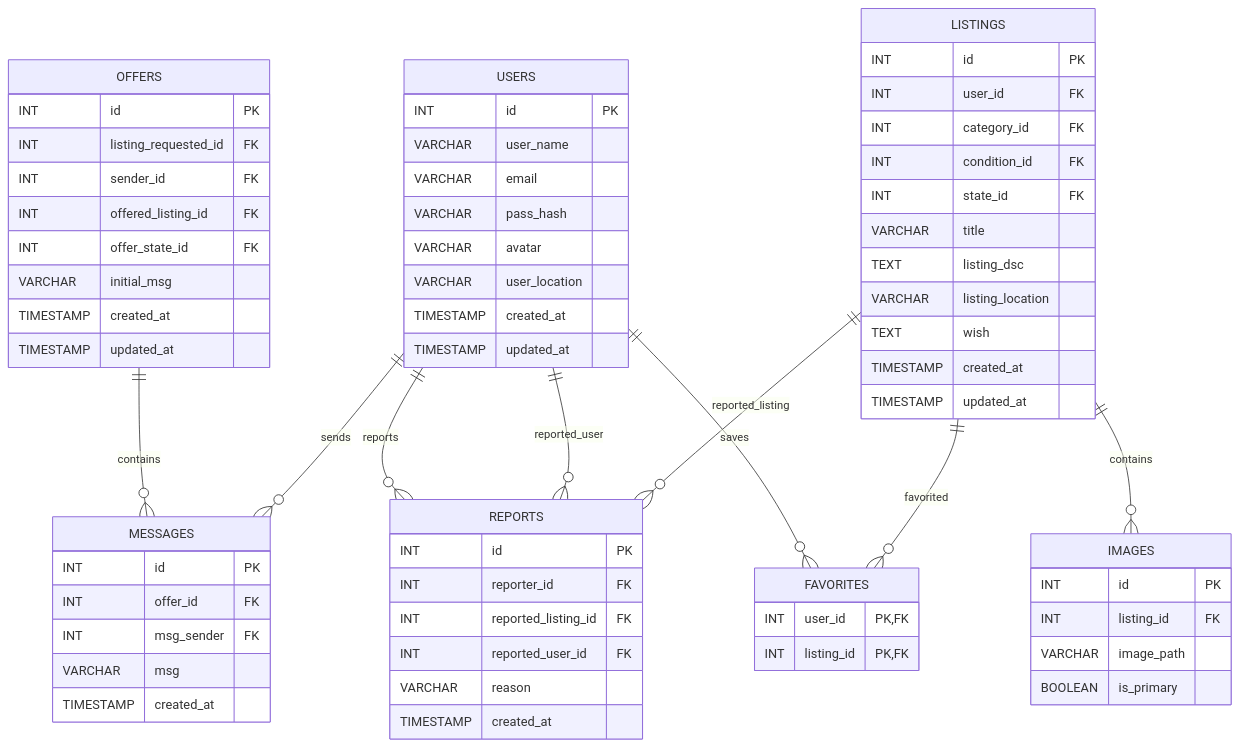
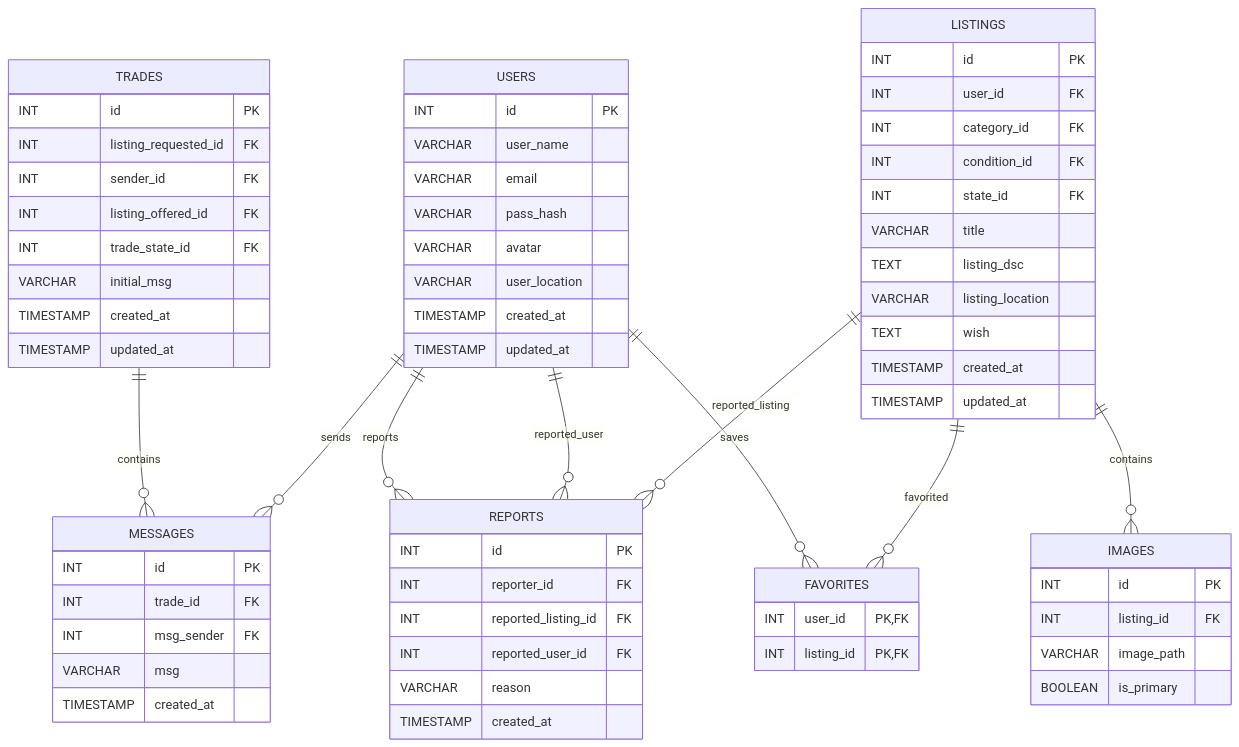
The second of 2 diagrams in srcs/requirements/mariadb/dakaERD.md (djunho/daka), drawn with Mermaid before and after one commit. The commit also changed other lines of this file and 2 other files, not shown here.

````diff
--- a/srcs/requirements/mariadb/dakaERD.md
+++ b/srcs/requirements/mariadb/dakaERD.md
@@ -79,81 +79,81 @@
 ```mermaid
 erDiagram
 
     IMAGES {
         INT id PK
         INT listing_id FK
         VARCHAR image_path
         BOOLEAN is_primary
     }
 
     MESSAGES {
         INT id PK
-        INT offer_id FK
+        INT trade_id FK
         INT msg_sender FK
         VARCHAR msg
         TIMESTAMP created_at
     }
 
     REPORTS {
         INT id PK
         INT reporter_id FK
         INT reported_listing_id FK
         INT reported_user_id FK
         VARCHAR reason
         TIMESTAMP created_at
     }
 
     FAVORITES {
         INT user_id PK,FK
         INT listing_id PK,FK
     }
 
     USERS {
         INT id PK
         VARCHAR user_name
         VARCHAR email
         VARCHAR pass_hash
         VARCHAR avatar
         VARCHAR user_location
         TIMESTAMP created_at
         TIMESTAMP updated_at
     }
 
     LISTINGS {
         INT id PK
         INT user_id FK
         INT category_id FK
         INT condition_id FK
         INT state_id FK
         VARCHAR title
         TEXT listing_dsc
         VARCHAR listing_location
 		TEXT wish
         TIMESTAMP created_at
         TIMESTAMP updated_at
     }
 
-    OFFERS {
+    TRADES {
         INT id PK
         INT listing_requested_id FK
         INT sender_id FK
-        INT offered_listing_id FK
-        INT offer_state_id FK
+        INT listing_offered_id FK
+        INT trade_state_id FK
         VARCHAR initial_msg
         TIMESTAMP created_at
         TIMESTAMP updated_at
     }
 
     LISTINGS ||--o{ IMAGES : contains
 
-    OFFERS ||--o{ MESSAGES : contains
+    TRADES ||--o{ MESSAGES : contains
     USERS ||--o{ MESSAGES : sends
 
     USERS ||--o{ REPORTS : reports
     USERS ||--o{ REPORTS : reported_user
     LISTINGS ||--o{ REPORTS : reported_listing
 
     USERS ||--o{ FAVORITES : saves
     LISTINGS ||--o{ FAVORITES : favorited
 
 ```
````
